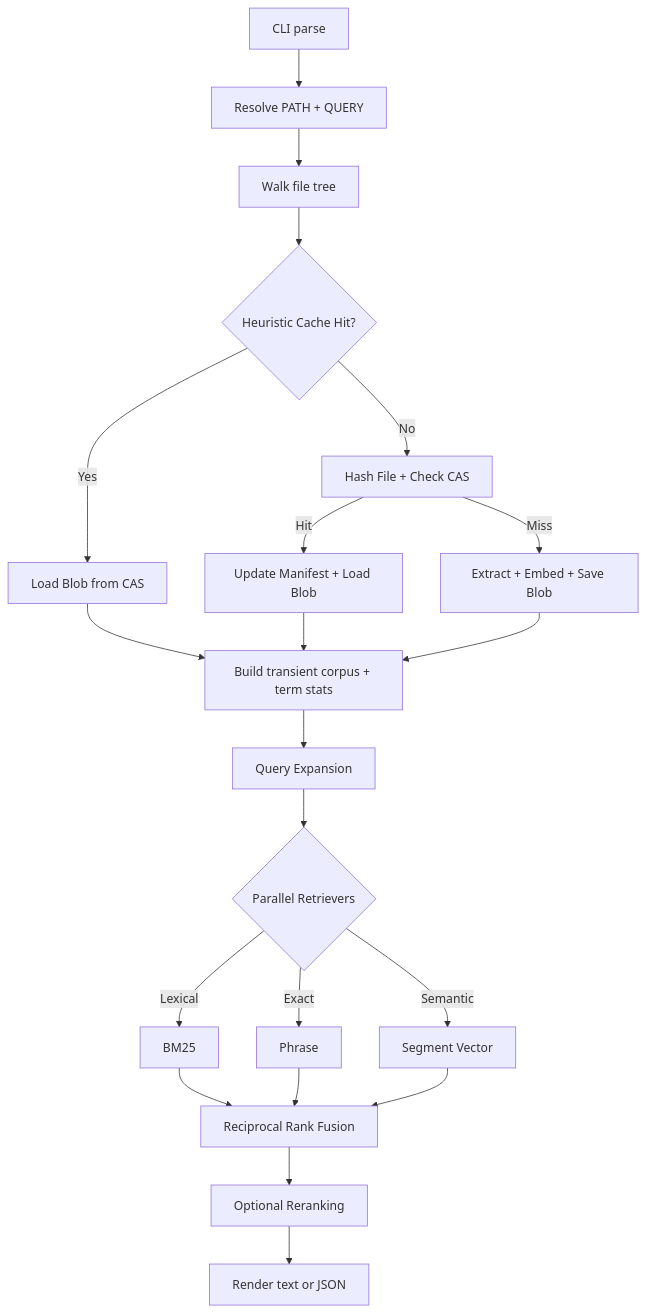
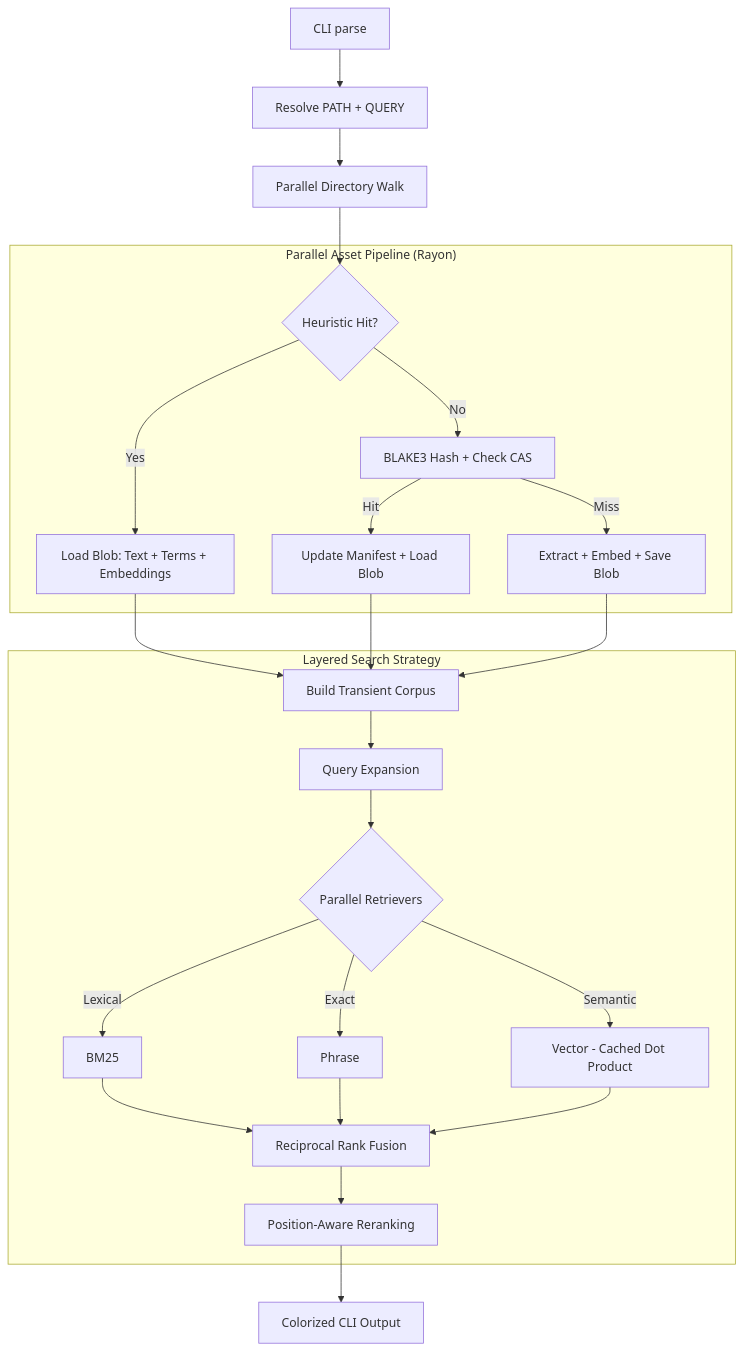
The diagram in README.md (rupurt/sift), drawn with Mermaid before and after one commit. The commit also changed other lines of this file and 1 other file, not shown here.

First line of the commit message:
docs: finalize README and ARCHITECTURE with parallel execution and asset pipeline

````diff
--- a/README.md
+++ b/README.md
@@ -30,23 +31,31 @@
 ```mermaid
 flowchart TD
   A[CLI parse] --> B[Resolve PATH + QUERY]
-  B --> C[Walk file tree]
-  C --> D{Heuristic Cache Hit?}
-  D -->|Yes| E[Load Blob from CAS]
-  D -->|No| F[Hash File + Check CAS]
-  F -->|Hit| G[Update Manifest + Load Blob]
-  F -->|Miss| H[Extract + Embed + Save Blob]
-  E --> I[Build transient corpus + term stats]
-  G --> I
-  H --> I
-  I --> J[Query Expansion]
-  J --> K{Parallel Retrievers}
-  K -->|Lexical| K1[BM25]
-  K -->|Exact| K2[Phrase]
-  K -->|Semantic| K3[Segment Vector]
-  K1 --> L[Reciprocal Rank Fusion]
-  K2 --> L
-  K3 --> L
-  L --> M[Optional Reranking]
-  M --> N[Render text or JSON]
+  B --> C[Parallel Directory Walk]
+  
+  subgraph Pipeline ["Parallel Asset Pipeline (Rayon)"]
+    C1{Heuristic Hit?} -->|Yes| C2[Load Blob: Text + Terms + Embeddings]
+    C1 -->|No| C3[BLAKE3 Hash + Check CAS]
+    C3 -->|Hit| C4[Update Manifest + Load Blob]
+    C3 -->|Miss| C5[Extract + Embed + Save Blob]
+  end
+
+  C --> C1
+  C2 --> D[Build Transient Corpus]
+  C4 --> D
+  C5 --> D
+
+  subgraph Strategy ["Layered Search Strategy"]
+    D --> E[Query Expansion]
+    E --> F{Parallel Retrievers}
+    F -->|Lexical| F1[BM25]
+    F -->|Exact| F2[Phrase]
+    F -->|Semantic| F3[Vector - Cached Dot Product]
+    F1 --> G[Reciprocal Rank Fusion]
+    F2 --> G
+    F3 --> G
+    G --> H[Position-Aware Reranking]
+  end
+
+  H --> I[Colorized CLI Output]
 ```
````
